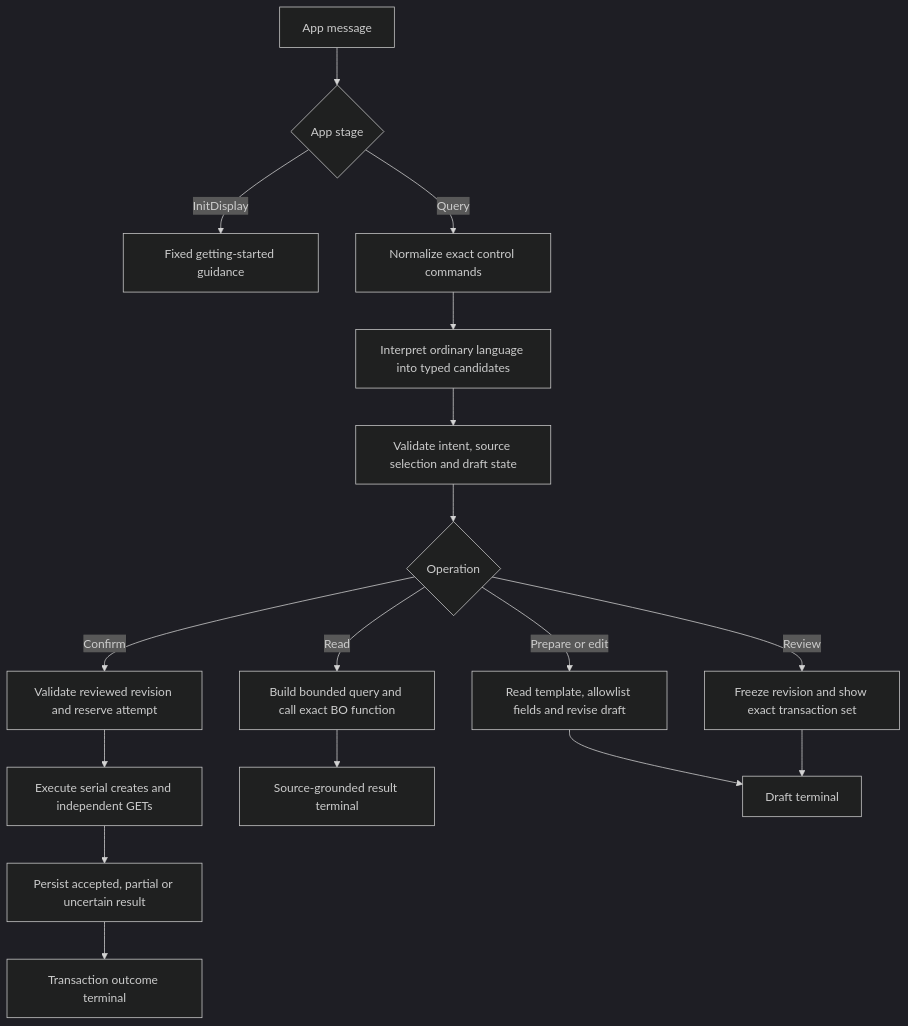
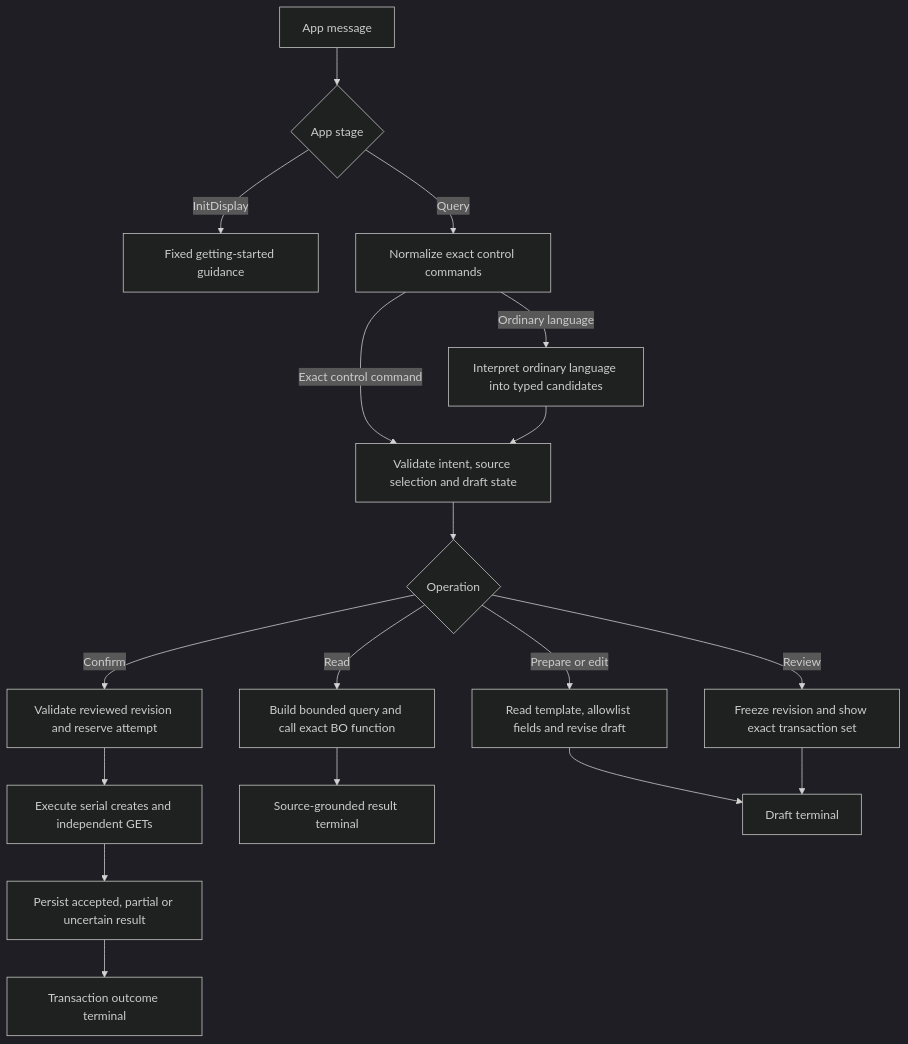
One commit to cloudorcl-lab/fusion-ai-studio changed the diagram in docs/superpowers/specs/2026-10-14-xdx-supplier-conversation-design.md. Above: the diagram before and after it, drawn with Mermaid (dark theme). The commit also changed other lines of this file and 27 other files, not shown here.

````diff
--- a/docs/superpowers/specs/2026-10-14-xdx-supplier-conversation-design.md
+++ b/docs/superpowers/specs/2026-10-14-xdx-supplier-conversation-design.md
@@ -88,19 +88,20 @@
 ```mermaid
 flowchart TD
   A[App message] --> B{App stage}
   B -->|InitDisplay| C[Fixed getting-started guidance]
   B -->|Query| D[Normalize exact control commands]
-  D --> E[Interpret ordinary language into typed candidates]
-  E --> F[Validate intent, source selection and draft state]
+  D -->|Ordinary language| E[Interpret ordinary language into typed candidates]
+  D -->|Exact control command| F[Validate intent, source selection and draft state]
+  E --> F
   F --> G{Operation}
   G -->|Read| H[Build bounded query and call exact BO function]
   G -->|Prepare or edit| I[Read template, allowlist fields and revise draft]
   G -->|Review| J[Freeze revision and show exact transaction set]
   G -->|Confirm| K[Validate reviewed revision and reserve attempt]
   K --> L[Execute serial creates and independent GETs]
   L --> M[Persist accepted, partial or uncertain result]
   H --> N[Source-grounded result terminal]
   I --> O[Draft terminal]
   J --> O
   M --> P[Transaction outcome terminal]
 ```
````
